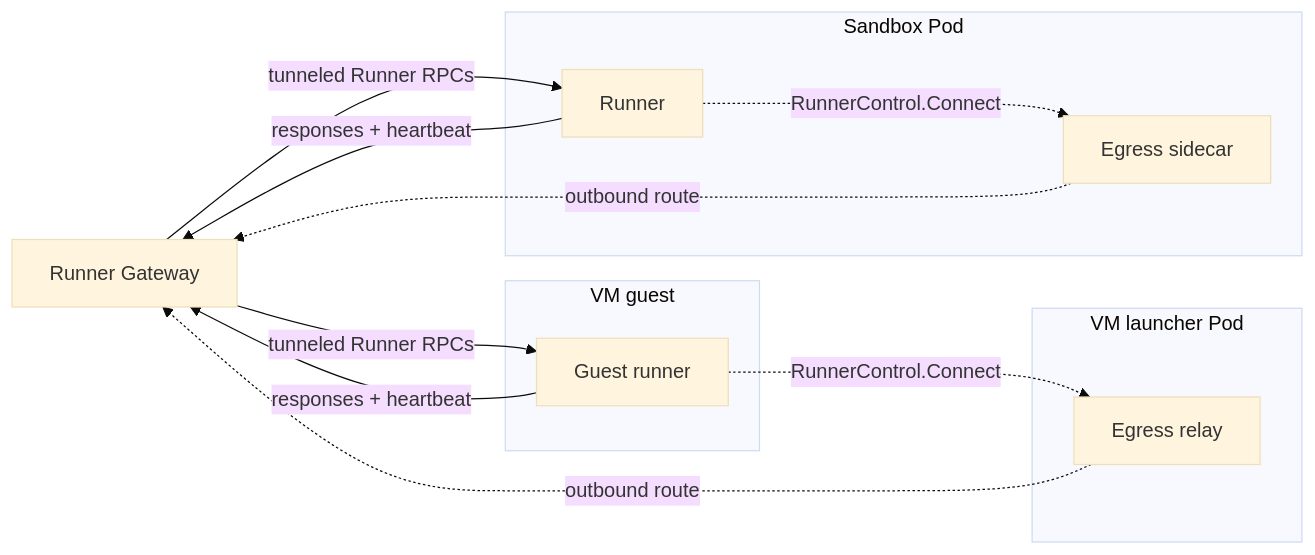
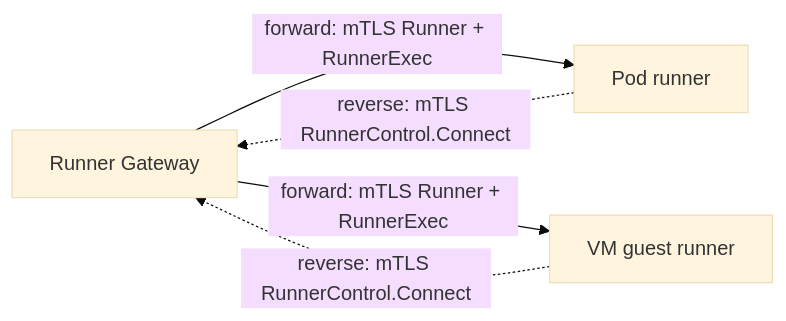
The third of 8 diagrams in agentplane/docs/system_overview.md (agentydragon/ducktape), drawn with Mermaid (base theme) before and after one commit. The commit also changed other lines of this file and 125 other files, not shown here.

Commit message:
Support explicit forward and reverse runner control with cert-manager mTLS

````diff
--- a/agentplane/docs/system_overview.md
+++ b/agentplane/docs/system_overview.md
@@ -68,23 +68,10 @@
 ```mermaid
 flowchart LR
     gateway[Runner Gateway]
-    subgraph pod[Sandbox Pod]
-        runner[Runner]
-        sidecar[Egress sidecar]
-    end
-    subgraph vm_guest[VM guest]
-        guest[Guest runner]
-    end
-    subgraph vm_pod[VM launcher Pod]
-        relay[Egress relay]
-    end
-
-    runner -.->|RunnerControl.Connect| sidecar
-    sidecar -.->|outbound route| gateway
-    guest -.->|RunnerControl.Connect| relay
-    relay -.->|outbound route| gateway
-    gateway -->|tunneled Runner RPCs| runner
-    runner -->|responses + heartbeat| gateway
-    gateway -->|tunneled Runner RPCs| guest
-    guest -->|responses + heartbeat| gateway
+    pod[Pod runner]
+    guest[VM guest runner]
+    pod -.->|reverse: mTLS RunnerControl.Connect| gateway
+    guest -.->|reverse: mTLS RunnerControl.Connect| gateway
+    gateway -->|forward: mTLS Runner + RunnerExec| pod
+    gateway -->|forward: mTLS Runner + RunnerExec| guest
 ```
````
